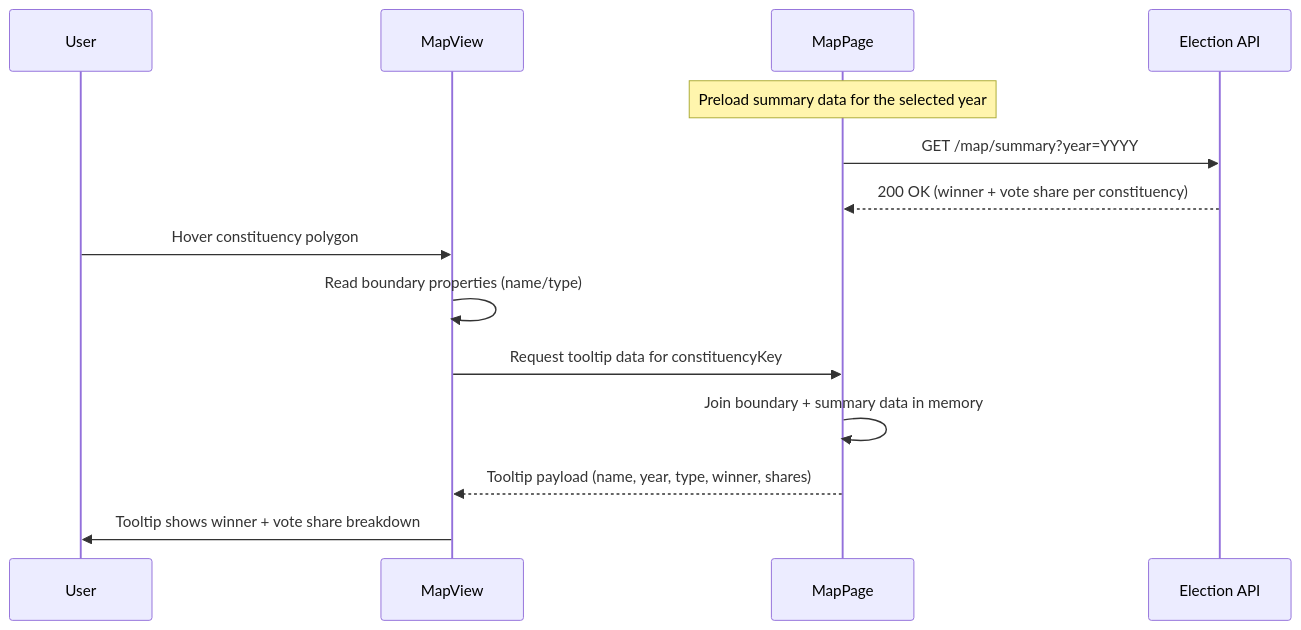
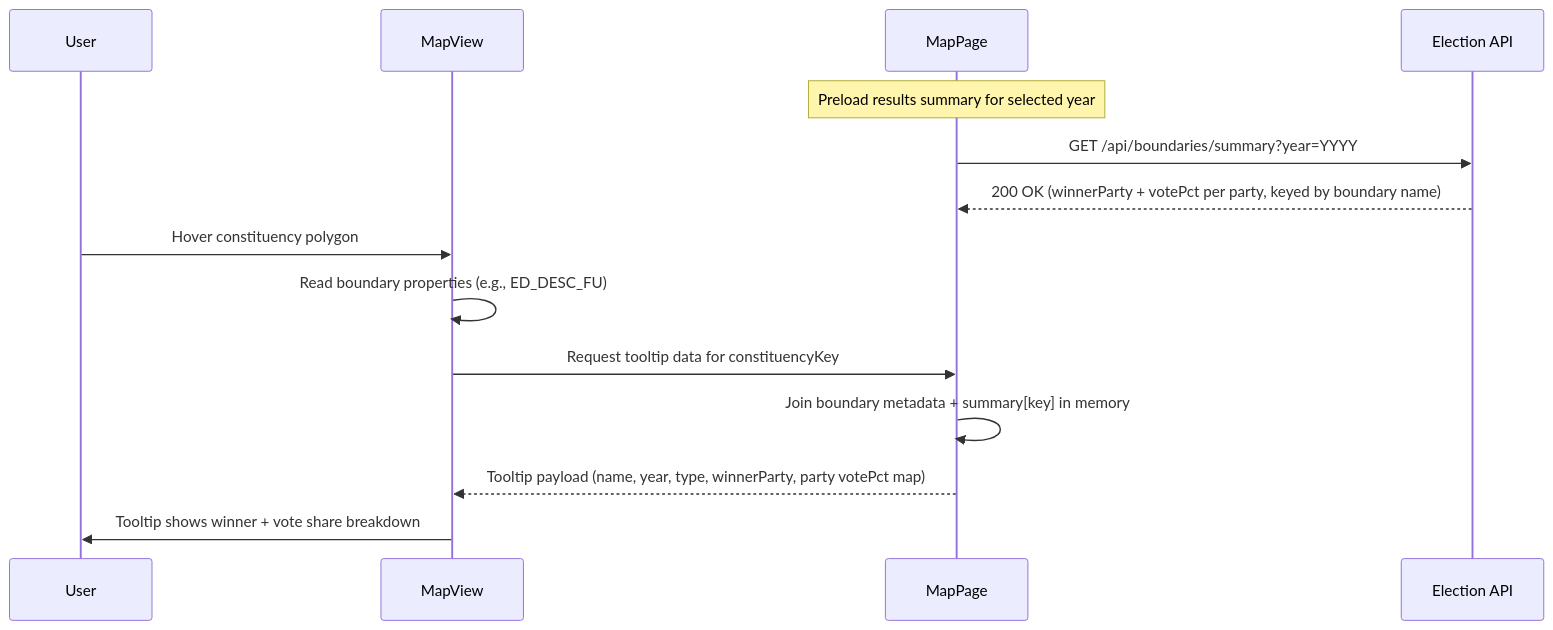
The fifth of 12 diagrams in docs/Software Design Description.md (shannenlolol/SG_Election_App_SL), drawn with Mermaid before and after one commit. The commit also changed other lines of this file and 3 other files, not shown here.

````diff
--- a/docs/Software Design Description.md
+++ b/docs/Software Design Description.md
@@ -163,21 +144,19 @@
 ```mermaid
 sequenceDiagram
     participant User
     participant MapView
     participant MapPage
     participant ElectionAPI as Election API
 
-    Note over MapPage: Preload summary data for the selected year
-    MapPage->>ElectionAPI: GET /map/summary?year=YYYY
-    ElectionAPI-->>MapPage: 200 OK (winner + vote share per constituency)
+    Note over MapPage: Preload results summary for selected year
+    MapPage->>ElectionAPI: GET /api/boundaries/summary?year=YYYY
+    ElectionAPI-->>MapPage: 200 OK (winnerParty + votePct per party, keyed by boundary name)
 
     User->>MapView: Hover constituency polygon
-    MapView->>MapView: Read boundary properties (name/type)
+    MapView->>MapView: Read boundary properties (e.g., ED_DESC_FU)
     MapView->>MapPage: Request tooltip data for constituencyKey
-    MapPage->>MapPage: Join boundary + summary data in memory
-    MapPage-->>MapView: Tooltip payload (name, year, type, winner, shares)
-
+    MapPage->>MapPage: Join boundary metadata + summary[key] in memory
+    MapPage-->>MapView: Tooltip payload (name, year, type, winnerParty, party votePct map)
 
     MapView->>User: Tooltip shows winner + vote share breakdown
-
 ```
````
